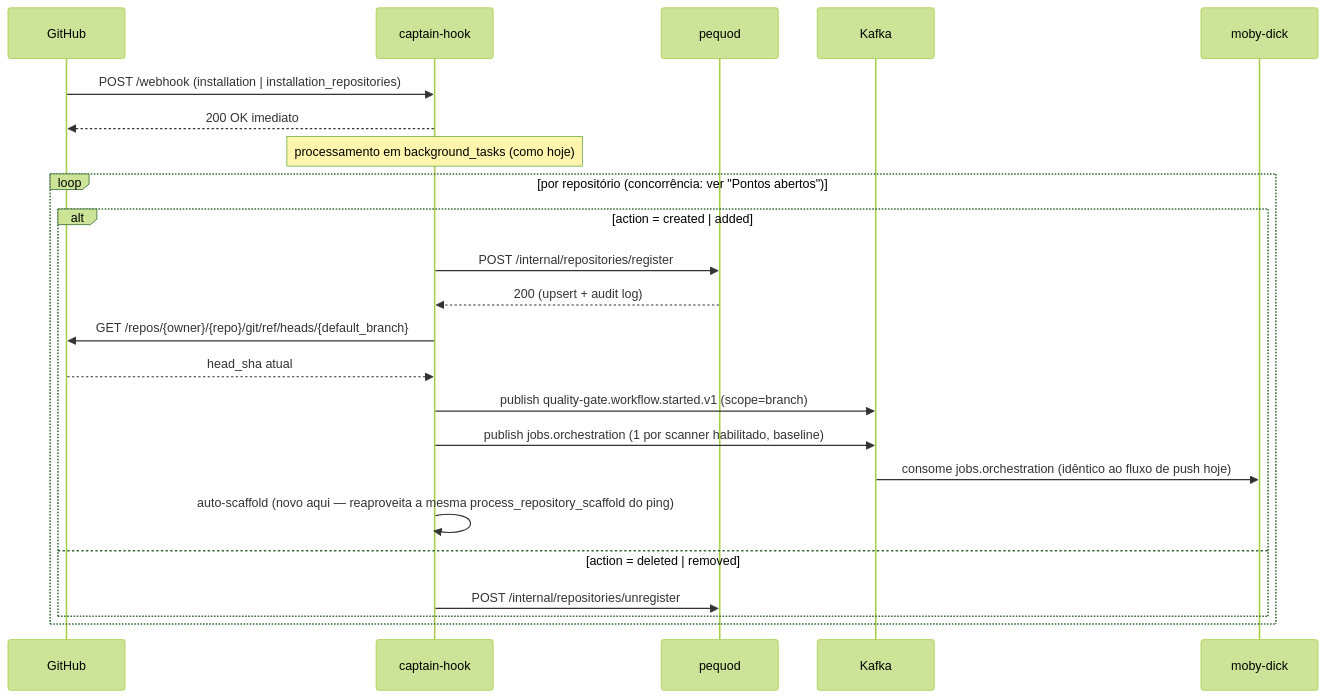
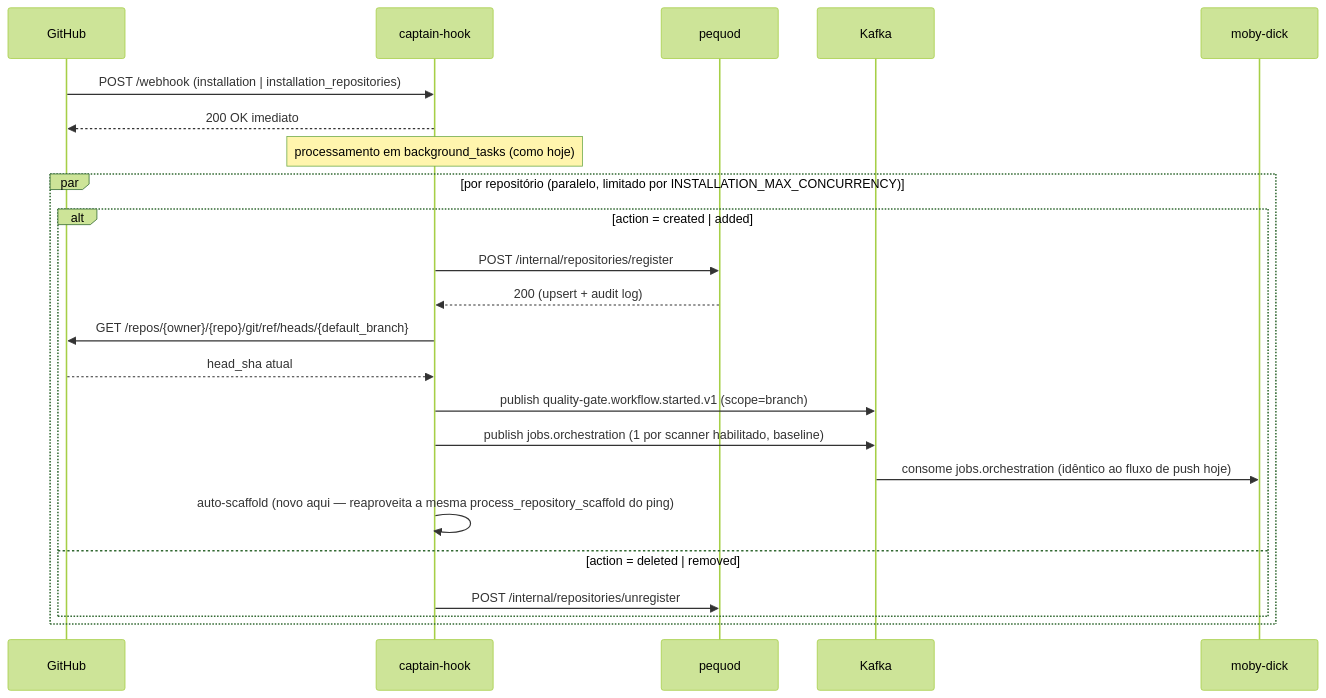
One commit to OdinEye-FIAP/aspm-docs changed the second of 2 diagrams in docs/design/ping-install-rest-migration.md. Above: the diagram before and after it, drawn with Mermaid (forest theme). The commit also changed other lines of this file, not shown here.

Commit message:
docs: loop de installation passa a rodar em paralelo com limite de concorrencia (INSTALLATION_MAX_CONCURRENCY)

````diff
--- a/docs/design/ping-install-rest-migration.md
+++ b/docs/design/ping-install-rest-migration.md
@@ -203,27 +208,27 @@
 ```mermaid
 sequenceDiagram
     participant GH as GitHub
     participant CH as captain-hook
     participant PQ as pequod
     participant K as Kafka
     participant MD as moby-dick
 
     GH->>CH: POST /webhook (installation | installation_repositories)
     CH-->>GH: 200 OK imediato
     Note over CH: processamento em background_tasks (como hoje)
 
-    loop por repositório (concorrência: ver "Pontos abertos")
+    par por repositório (paralelo, limitado por INSTALLATION_MAX_CONCURRENCY)
         alt action = created | added
             CH->>PQ: POST /internal/repositories/register
             PQ-->>CH: 200 (upsert + audit log)
             CH->>GH: GET /repos/{owner}/{repo}/git/ref/heads/{default_branch}
             GH-->>CH: head_sha atual
             CH->>K: publish quality-gate.workflow.started.v1 (scope=branch)
             CH->>K: publish jobs.orchestration (1 por scanner habilitado, baseline)
             K->>MD: consome jobs.orchestration (idêntico ao fluxo de push hoje)
             CH->>CH: auto-scaffold (novo aqui — reaproveita a mesma process_repository_scaffold do ping)
         else action = deleted | removed
             CH->>PQ: POST /internal/repositories/unregister
         end
     end
 ```
````
